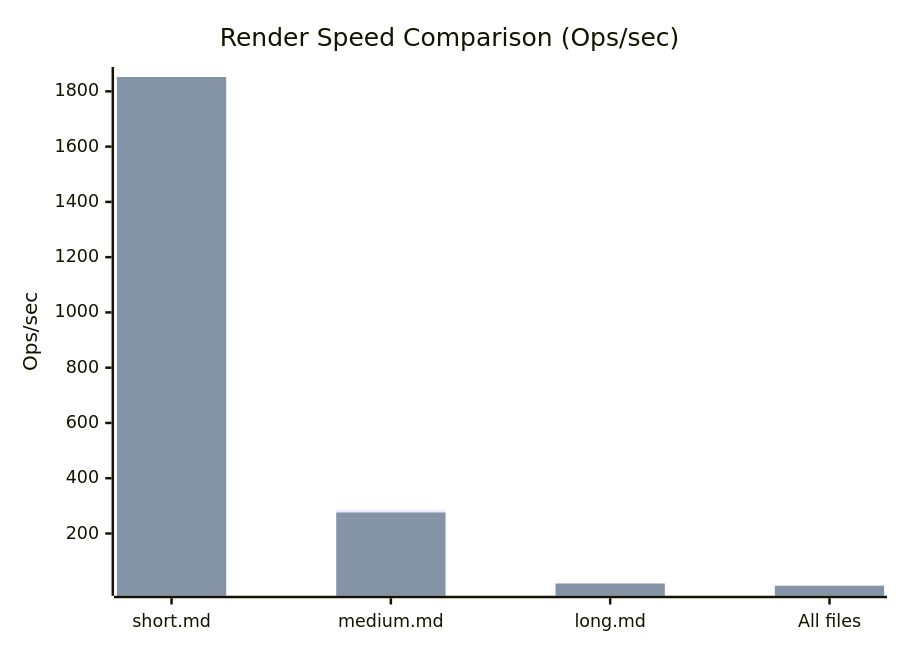
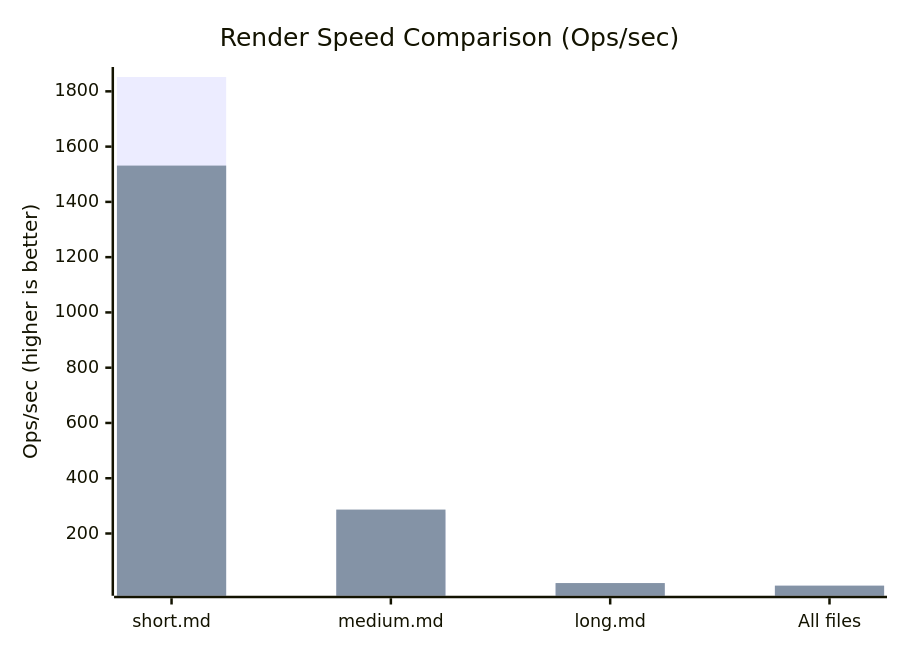
One commit to md2docx/react-markdown changed the first of 6 diagrams in benchmark.md. Above: the diagram before and after it, drawn with Mermaid. The commit also changed other lines of this file and 1 other file, not shown here.

Commit message:
fix: update benchmark writer to correct order of libraries and enhance markdown output

````diff
--- a/benchmark.md
+++ b/benchmark.md
@@ -5,8 +5,8 @@
 ```mermaid
 xychart-beta
     title "Render Speed Comparison (Ops/sec)"
     x-axis ["short.md", "medium.md", "long.md", "All files"]
-    y-axis "Ops/sec"
+    y-axis "Ops/sec (higher is better)"
+    bar [1851.9390643331176, 276.00747808036925, 18.792480150335255, 10.928697086284455]  %% react-markdown
     bar [1531.3757006079813, 286.5658635012855, 20.635262930563872, 11.361060403806082]  %% @m2d/react-markdown
-    bar [1851.9390643331176, 276.00747808036925, 18.792480150335255, 10.928697086284455]  %% react-markdown
 ```
````
